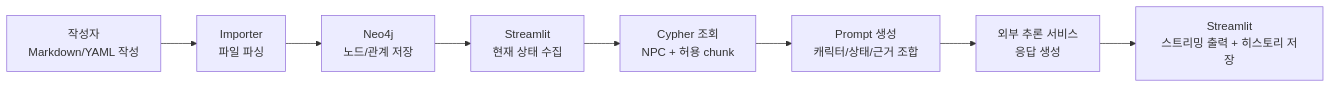
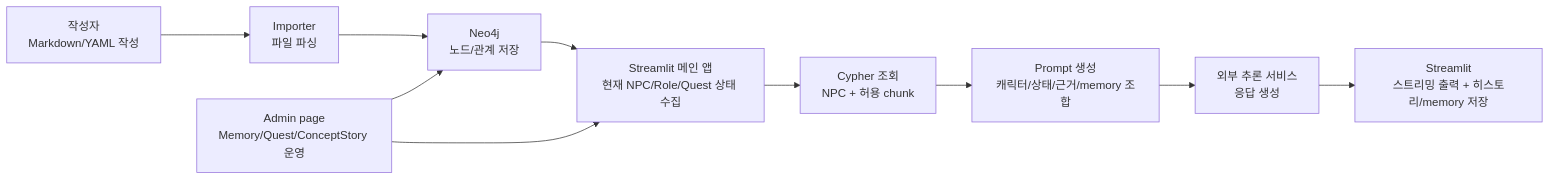
One commit to HRDI0/npc_persona changed diagram 21 of 21 in docs/system_architecture.md. Above: the diagram before and after it, drawn with Mermaid. The commit also changed other lines of this file and 13 other files, not shown here.

````diff
--- a/docs/system_architecture.md
+++ b/docs/system_architecture.md
@@ -813,13 +900,16 @@
 ```mermaid
 flowchart LR
     D1[작성자\nMarkdown/YAML 작성]
     D2[Importer\n파일 파싱]
     D3[Neo4j\n노드/관계 저장]
-    D4[Streamlit\n현재 상태 수집]
+    A1[Admin page\nMemory/Quest/ConceptStory 운영]
+    D4[Streamlit 메인 앱\n현재 NPC/Role/Quest 상태 수집]
     D5[Cypher 조회\nNPC + 허용 chunk]
-    D6[Prompt 생성\n캐릭터/상태/근거 조합]
+    D6[Prompt 생성\n캐릭터/상태/근거/memory 조합]
     D7[외부 추론 서비스\n응답 생성]
-    D8[Streamlit\n스트리밍 출력 + 히스토리 저장]
+    D8[Streamlit\n스트리밍 출력 + 히스토리/memory 저장]
 
     D1 --> D2 --> D3 --> D4 --> D5 --> D6 --> D7 --> D8
+    A1 --> D4
+    A1 --> D3
 ```
````
